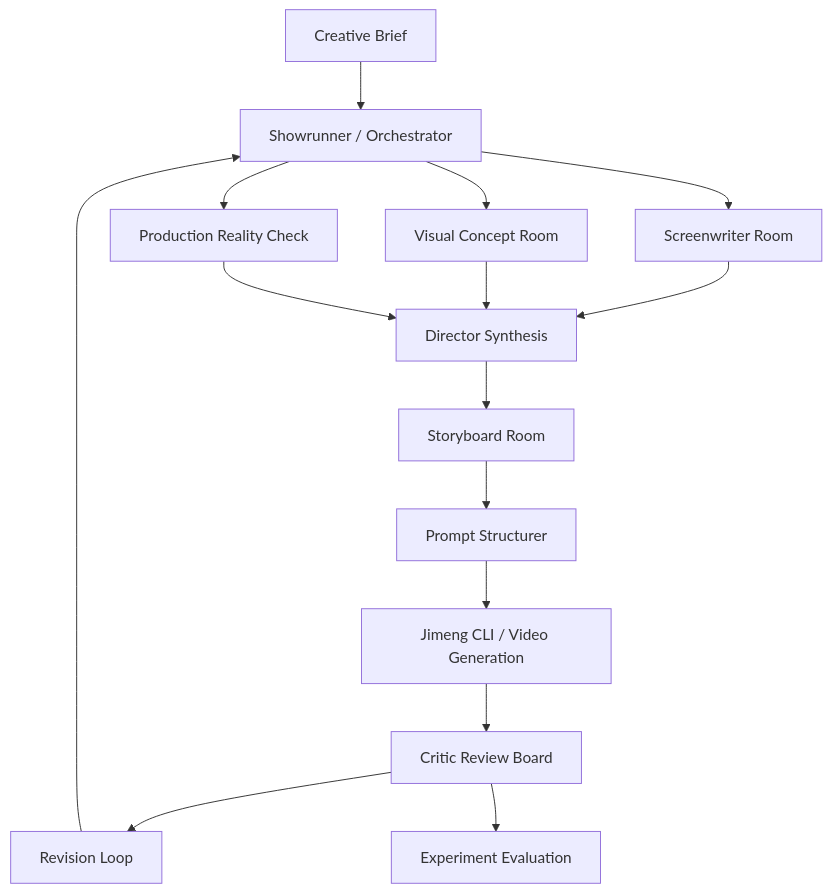
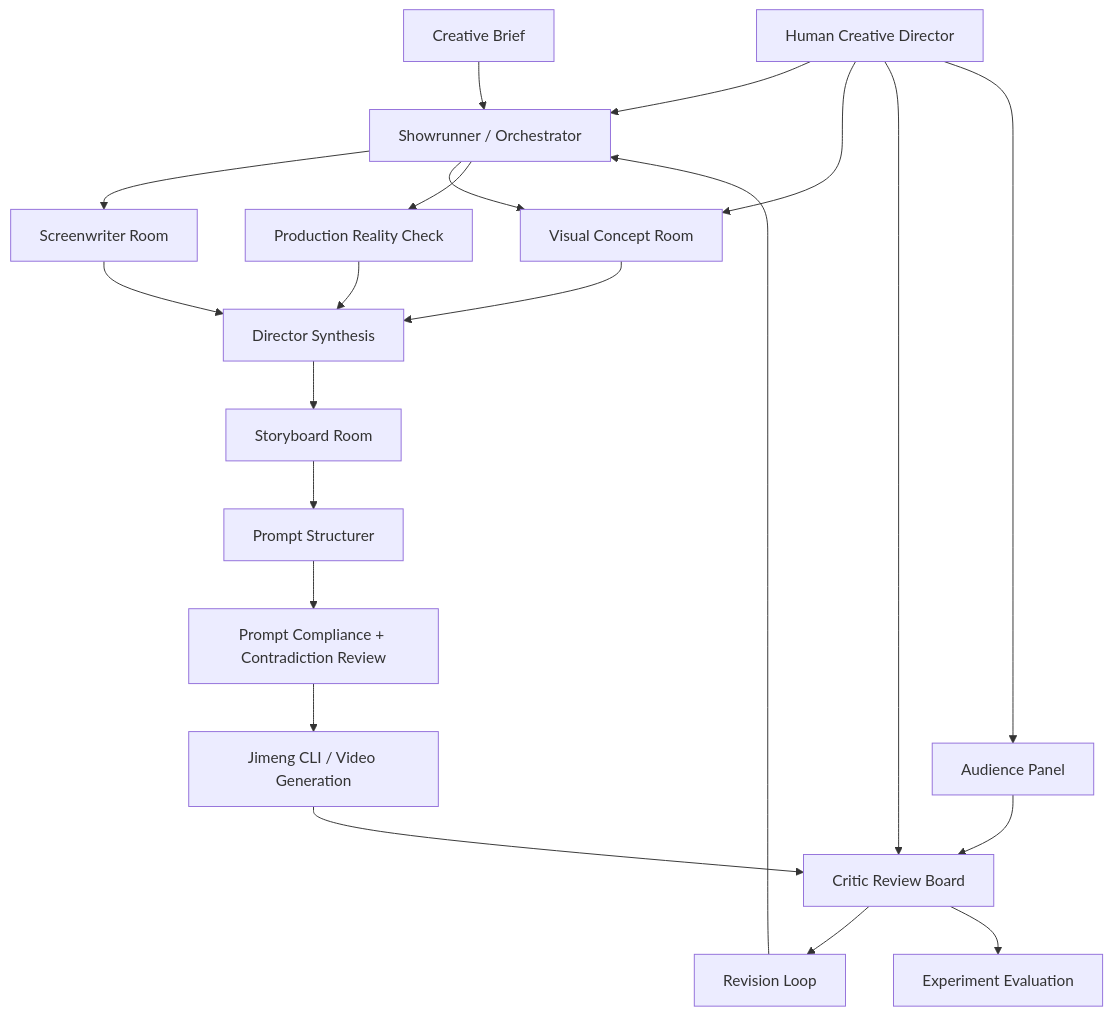
The diagram in docs/agent_team_architecture.md (kaitongg-bit/cliagentteamjimeng), drawn with Mermaid before and after one commit. The commit also changed other lines of this file and 6 other files, not shown here.

````diff
--- a/docs/agent_team_architecture.md
+++ b/docs/agent_team_architecture.md
@@ -17,17 +18,23 @@
 ```mermaid
 flowchart TD
   B["Creative Brief"] --> O["Showrunner / Orchestrator"]
   O --> W["Screenwriter Room"]
   O --> V["Visual Concept Room"]
   O --> P["Production Reality Check"]
   W --> D["Director Synthesis"]
   V --> D
   P --> D
   D --> SB["Storyboard Room"]
   SB --> PR["Prompt Structurer"]
-  PR --> J["Jimeng CLI / Video Generation"]
+  PR --> PC["Prompt Compliance + Contradiction Review"]
+  PC --> J["Jimeng CLI / Video Generation"]
   J --> QA["Critic Review Board"]
+  H["Human Creative Director"] --> O
+  H --> V
+  H --> QA
+  H --> AU["Audience Panel"]
+  AU --> QA
   QA --> R["Revision Loop"]
   R --> O
   QA --> E["Experiment Evaluation"]
 ```
````
